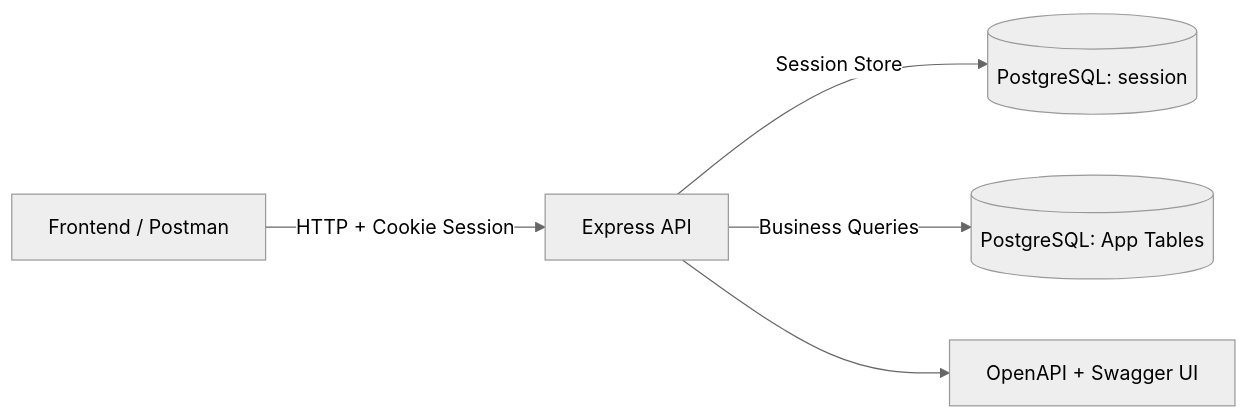
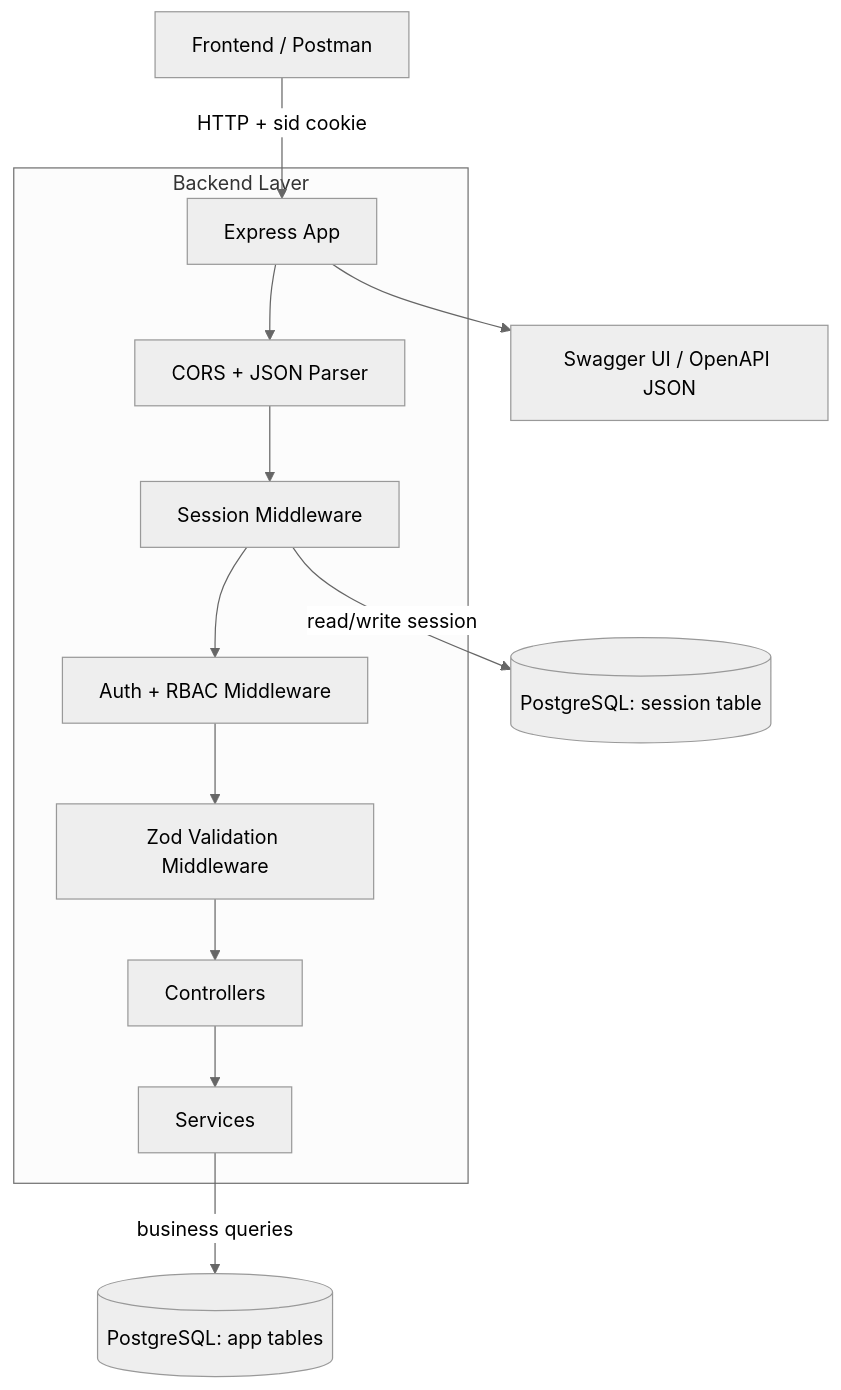
One commit to YngwieJM/javascript-fullstack-selflearn changed the first of 2 diagrams in README.md. Above: the diagram before and after it, drawn with Mermaid (neutral theme). The commit also changed other lines of this file and 9 other files, not shown here.

````diff
--- a/README.md
+++ b/README.md
@@ -35,7 +35,17 @@
 ```mermaid
-flowchart LR
-  Client[Frontend / Postman] -->|HTTP + Cookie Session| API[Express API]
-  API -->|Session Store| SessionTable[(PostgreSQL: session)]
-  API -->|Business Queries| DB[(PostgreSQL: App Tables)]
-  API --> Docs[OpenAPI + Swagger UI]
+flowchart TD
+  Client[Frontend / Postman] -->|HTTP + sid cookie| App[Express App]
+
+  subgraph API[Backend Layer]
+    App --> MW1[CORS + JSON Parser]
+    MW1 --> MW2[Session Middleware]
+    MW2 --> MW3[Auth + RBAC Middleware]
+    MW3 --> MW4[Zod Validation Middleware]
+    MW4 --> CTRL[Controllers]
+    CTRL --> SVC[Services]
+  end
+
+  MW2 -->|read/write session| SessionDB[(PostgreSQL: session table)]
+  SVC -->|business queries| AppDB[(PostgreSQL: app tables)]
+  App --> Docs[Swagger UI / OpenAPI JSON]
 ```
````
